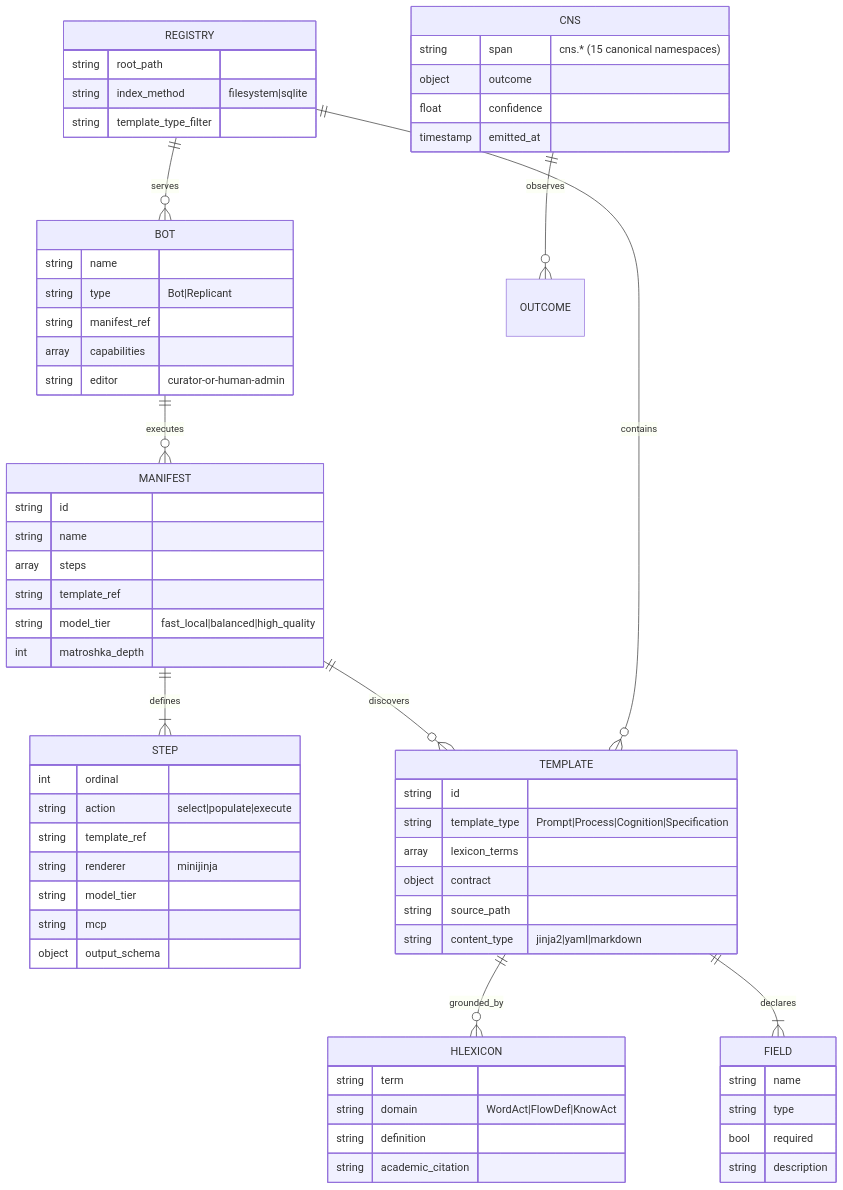
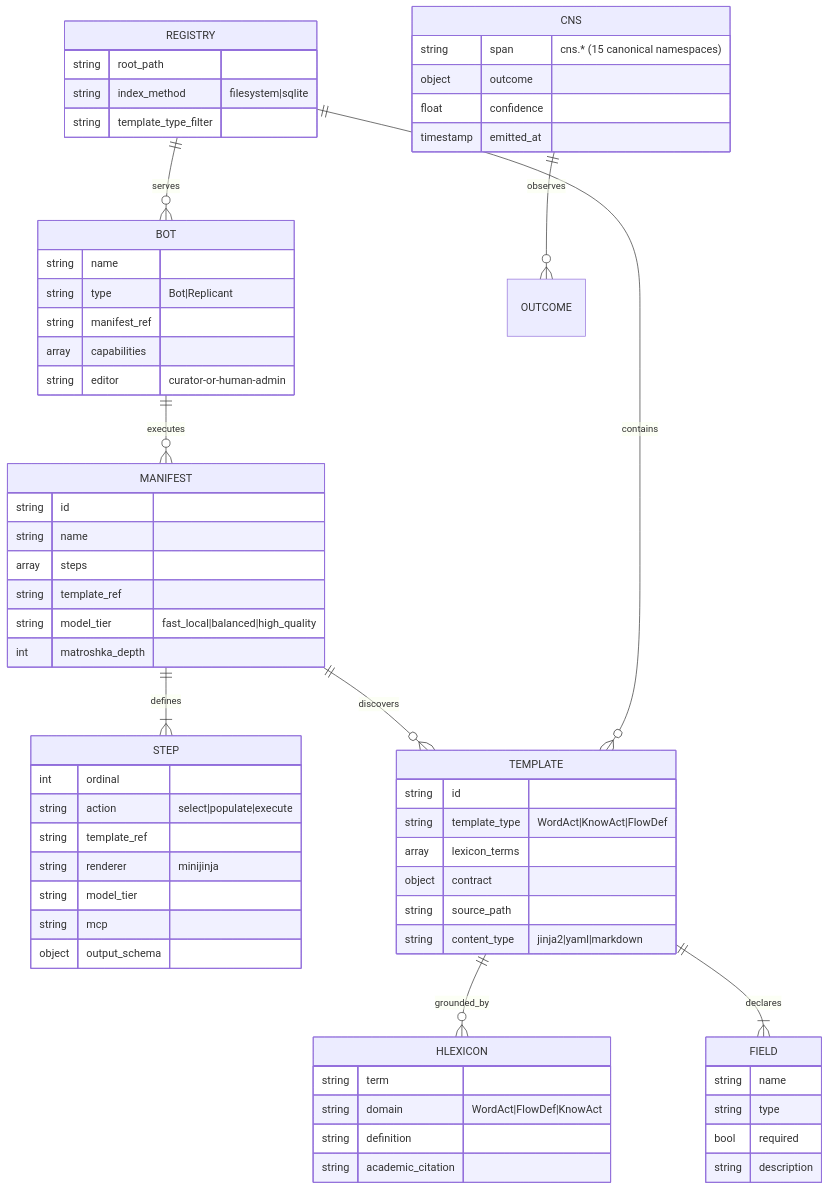
One commit to mdz-axo/hKask changed the first of 6 diagrams in docs/architecture/reference/hKask-erd.md. Above: the diagram before and after it, drawn with Mermaid. The commit also changed 22 other files, not shown here.

````diff
--- a/docs/architecture/reference/hKask-erd.md
+++ b/docs/architecture/reference/hKask-erd.md
@@ -38,74 +38,74 @@
 ```mermaid
 erDiagram
     BOT ||--o{ MANIFEST : executes
     MANIFEST ||--|{ STEP : defines
     MANIFEST ||--o{ TEMPLATE : discovers
     TEMPLATE ||--o{ HLEXICON : grounded_by
     TEMPLATE ||--|{ FIELD : declares
     REGISTRY ||--o{ TEMPLATE : contains
     CNS ||--o{ OUTCOME : observes
     REGISTRY ||--o{ BOT : serves
     
     BOT {
         string name
         string type "Bot|Replicant"
         string manifest_ref
         array capabilities
         string editor "curator-or-human-admin"
     }
     
     MANIFEST {
         string id
         string name
         array steps
         string template_ref
         string model_tier "fast_local|balanced|high_quality"
         int matroshka_depth
     }
     
     STEP {
         int ordinal
         string action "select|populate|execute"
         string template_ref
         string renderer "minijinja"
         string model_tier
         string mcp
         object output_schema
     }
     
     TEMPLATE {
         string id
-        string template_type "Prompt|Process|Cognition|Specification"
+        string template_type "WordAct|KnowAct|FlowDef"
         array lexicon_terms
         object contract
         string source_path
         string content_type "jinja2|yaml|markdown"
     }
     
     FIELD {
         string name
         string type
         bool required
         string description
     }
     
     HLEXICON {
         string term
         string domain "WordAct|FlowDef|KnowAct"
         string definition
         string academic_citation
     }
     
     REGISTRY {
         string root_path
         string index_method "filesystem|sqlite"
         string template_type_filter
     }
     
     CNS {
         string span "cns.* (15 canonical namespaces)"
         object outcome
         float confidence
         timestamp emitted_at
     }
 ```
````
